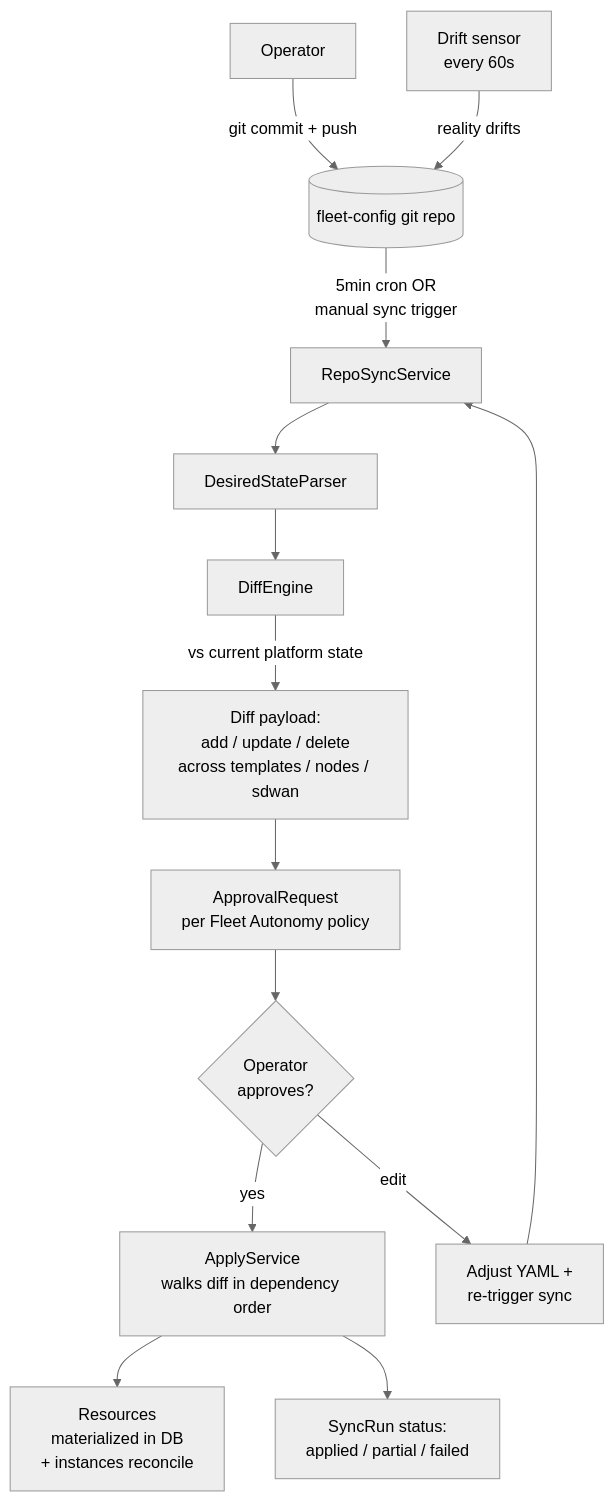
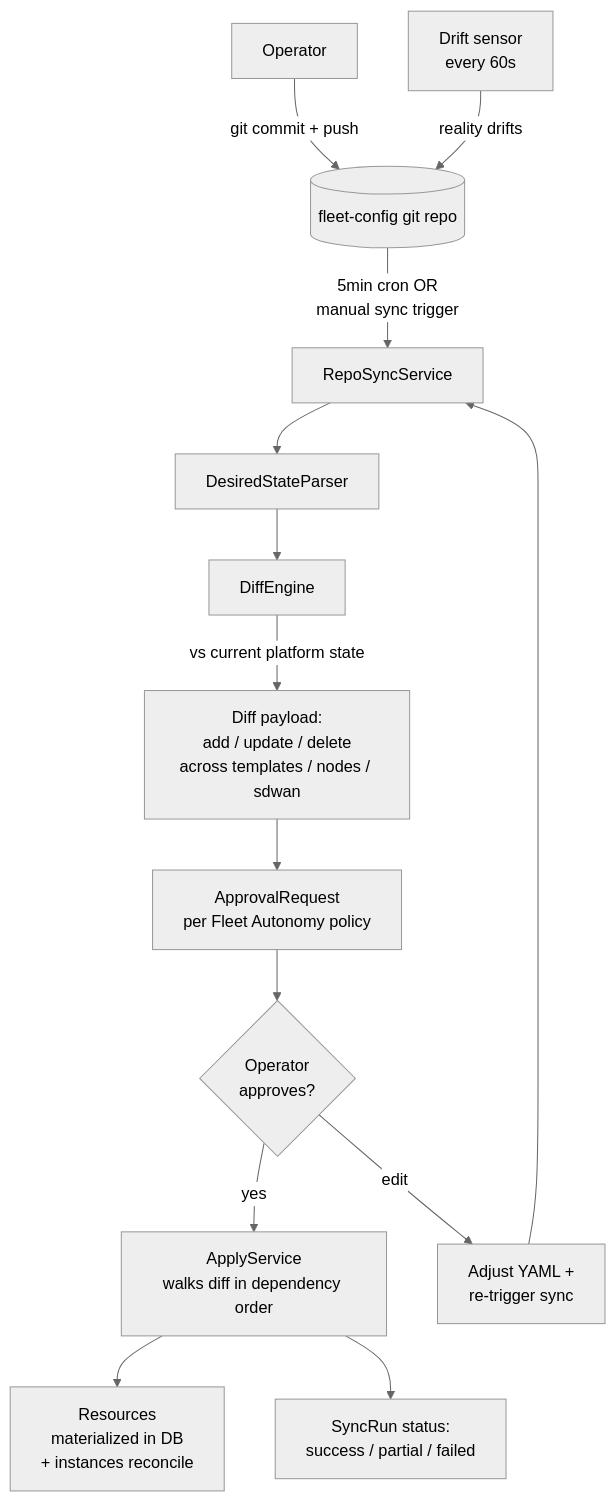
Before and after one commit to nodealchemy/powernode-system: the diagram in docs/tutorials/10-gitops-fleet.md, drawn with Mermaid (neutral theme). The commit also changed other lines of this file and 1 other file, not shown here.

````diff
--- a/docs/tutorials/10-gitops-fleet.md
+++ b/docs/tutorials/10-gitops-fleet.md
@@ -23,17 +23,17 @@
 ```mermaid
 flowchart TD
     Repo[(fleet-config git repo)]
     Op[Operator] -- "git commit + push" --> Repo
     Repo -- "5min cron OR<br/>manual sync trigger" --> RS[RepoSyncService]
     RS --> DSP[DesiredStateParser]
     DSP --> DE[DiffEngine]
     DE -- "vs current platform state" --> Diff[Diff payload:<br/>add / update / delete<br/>across templates / nodes / sdwan]
     Diff --> AR[ApprovalRequest<br/>per Fleet Autonomy policy]
     AR --> Op2{Operator<br/>approves?}
     Op2 -->|yes| App[ApplyService<br/>walks diff in dependency order]
     App --> Done[Resources<br/>materialized in DB<br/>+ instances reconcile]
-    App --> SR[SyncRun status:<br/>applied / partial / failed]
+    App --> SR[SyncRun status:<br/>success / partial / failed]
     Op2 -->|edit| Edit[Adjust YAML +<br/>re-trigger sync]
     Edit --> RS
     Drift[Drift sensor<br/>every 60s] -- "reality drifts" --> Repo
 ```
````
